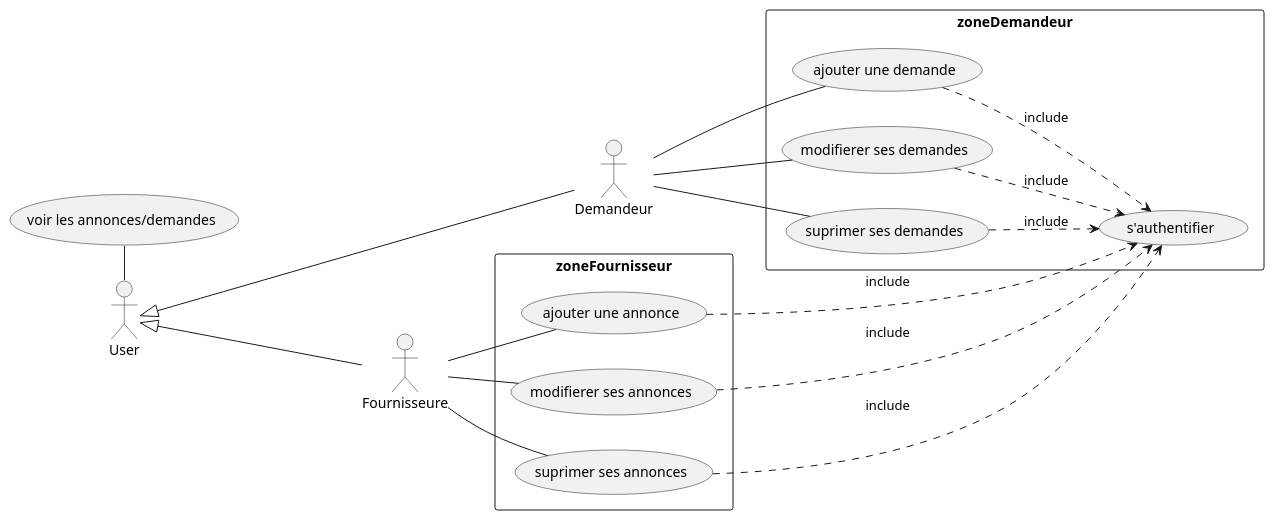
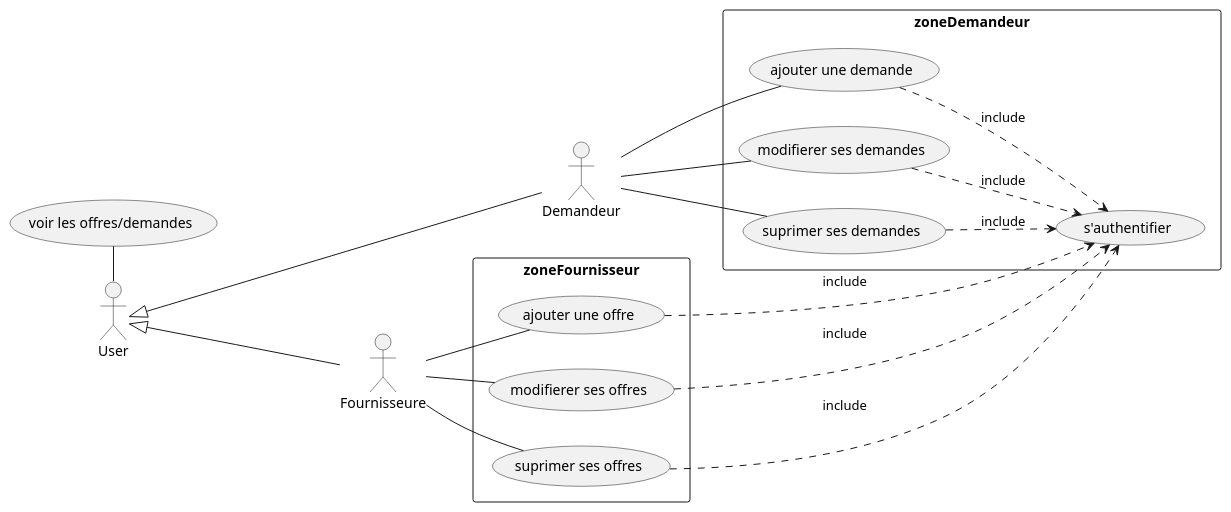
The diagram in UML/useCase.pu (HoussamEddineLamzoudi/Deal), drawn with PlantUML before and after one commit. The commit also changed 2 other files, not shown here.

```diff
--- a/UML/useCase.pu
+++ b/UML/useCase.pu
@@ -1,42 +1,42 @@
 @startuml useCase
 left to right direction
 
 actor "User" as fc0
 actor "Demandeur" as fc1
 actor "Fournisseure" as fc2
 
 fc0 <|--- fc1
 fc0 <|--- fc2
 
-usecase "voir les annonces/demandes" as UC1
+usecase "voir les offres/demandes" as UC1
 fc0 -left- UC1
 
 rectangle zoneDemandeur {
     usecase "ajouter une demande" as DUC1
     usecase "modifierer ses demandes" as DUC2
     usecase "suprimer ses demandes" as DUC3
 
     (DUC1) ..> (s'authentifier) : include
     (DUC2) ..> (s'authentifier) : include
     (DUC3) ..> (s'authentifier) : include
 }
 
 rectangle zoneFournisseur {
-    usecase "ajouter une annonce" as FUC1
-    usecase "modifierer ses annonces" as FUC2
-    usecase "suprimer ses annonces" as FUC3
+    usecase "ajouter une offre" as FUC1
+    usecase "modifierer ses offres" as FUC2
+    usecase "suprimer ses offres" as FUC3
 
     (FUC1) ...> (s'authentifier) : include
     (FUC2) ..> (s'authentifier) : include
     (FUC3) ..> (s'authentifier) : include
 }
 
 fc1 -- DUC1
 fc1 -- DUC2
 fc1 -- DUC3
 
 fc2 -- FUC1
 fc2 -- FUC2
 fc2 -- FUC3
 
 @enduml
```
